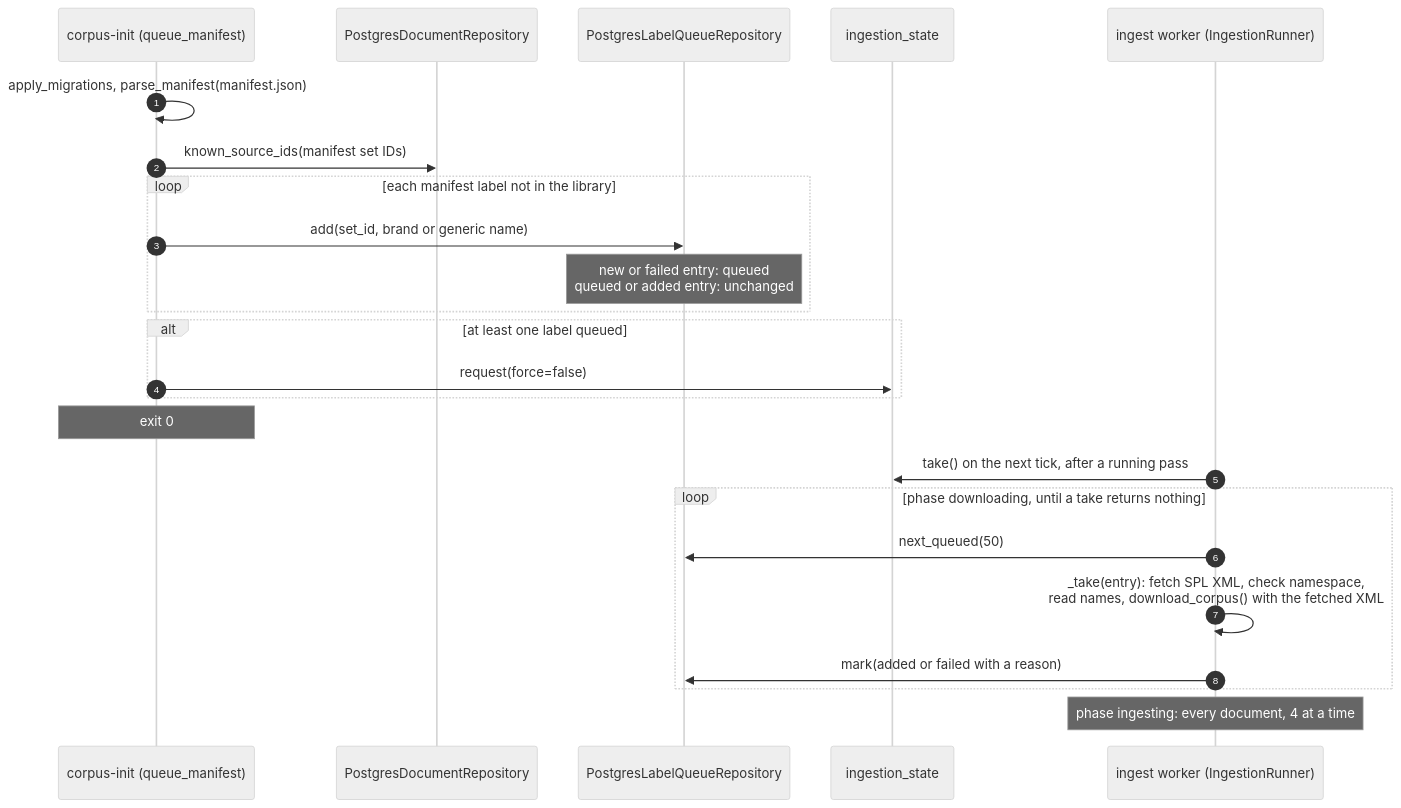
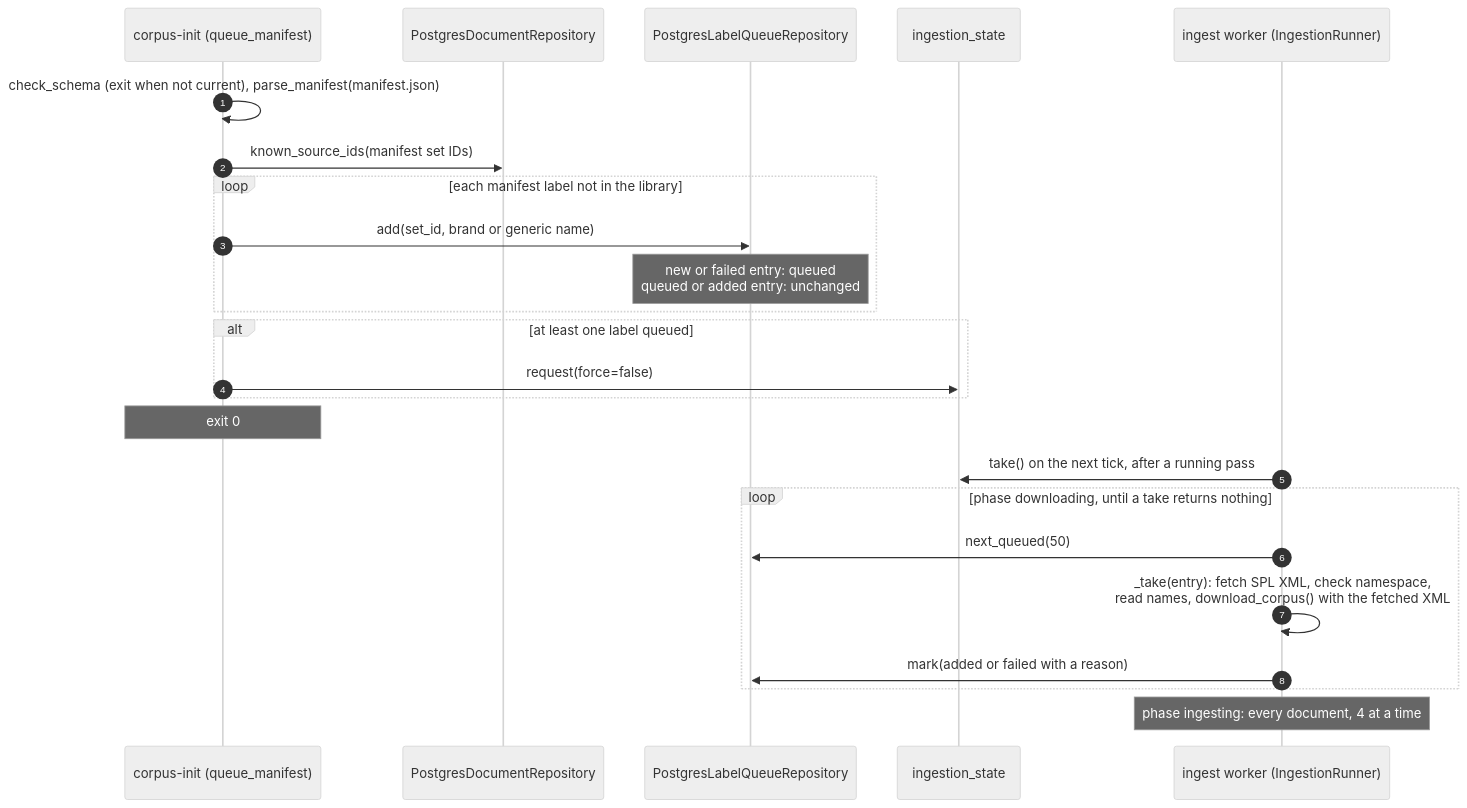
Before and after one commit to G-MAKROGLOU/docuchat: the first of 2 diagrams in docs/diagrams/corpus-download.md, drawn with Mermaid (neutral theme). The commit also changed 7 other files, not shown here.

````diff
--- a/docs/diagrams/corpus-download.md
+++ b/docs/diagrams/corpus-download.md
@@ -9,27 +9,27 @@
 ```mermaid
 sequenceDiagram
     autonumber
     participant Init as corpus-init (queue_manifest)
     participant Docs as PostgresDocumentRepository
     participant Queue as PostgresLabelQueueRepository
     participant State as ingestion_state
     participant Worker as ingest worker (IngestionRunner)
 
-    Init->>Init: apply_migrations, parse_manifest(manifest.json)
+    Init->>Init: check_schema (exit when not current), parse_manifest(manifest.json)
     Init->>Docs: known_source_ids(manifest set IDs)
     loop each manifest label not in the library
         Init->>Queue: add(set_id, brand or generic name)
         Note over Queue: new or failed entry: queued<br/>queued or added entry: unchanged
     end
     alt at least one label queued
         Init->>State: request(force=false)
     end
     Note over Init: exit 0
     Worker->>State: take() on the next tick, after a running pass
     loop phase downloading, until a take returns nothing
         Worker->>Queue: next_queued(50)
         Worker->>Worker: _take(entry): fetch SPL XML, check namespace,<br/>read names, download_corpus() with the fetched XML
         Worker->>Queue: mark(added or failed with a reason)
     end
     Note over Worker: phase ingesting: every document, 4 at a time
 ```
````
